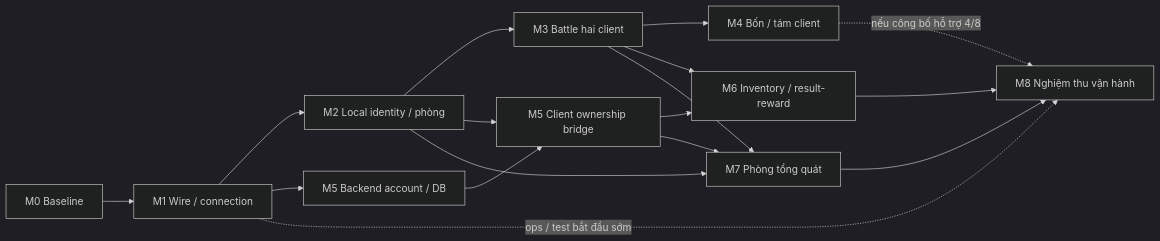
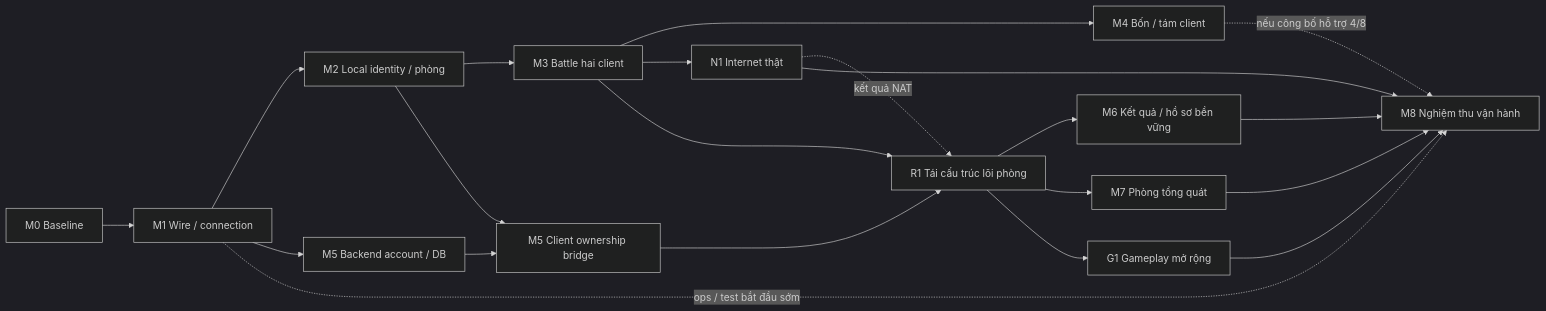
One commit to aquaplatinumberlitz/boom-kr-server changed the first of 2 diagrams in docs/PLAN.md. Above: the diagram before and after it, drawn with Mermaid (dark theme). The commit also changed other lines of this file and 4 other files, not shown here.

````diff
--- a/docs/PLAN.md
+++ b/docs/PLAN.md
@@ -239,19 +316,23 @@
 ```mermaid
 flowchart LR
   M0["M0 Baseline"] --> M1["M1 Wire / connection"]
   M1 --> M2["M2 Local identity / phòng"]
   M2 --> M3["M3 Battle hai client"]
   M3 --> M4["M4 Bốn / tám client"]
   M1 --> B5["M5 Backend account / DB"]
   M2 --> C5["M5 Client ownership bridge"]
   B5 --> C5
-  M3 --> M6["M6 Inventory / result-reward"]
-  C5 --> M6
-  M2 --> M7["M7 Phòng tổng quát"]
-  M3 --> M7
-  C5 --> M7
+  M3 --> N1["N1 Internet thật"]
+  C5 --> R1["R1 Tái cấu trúc lõi phòng"]
+  M3 --> R1
+  N1 -. "kết quả NAT" .-> R1
+  R1 --> M6["M6 Kết quả / hồ sơ bền vững"]
+  R1 --> M7["M7 Phòng tổng quát"]
+  R1 --> G1["G1 Gameplay mở rộng"]
+  G1 --> M8
+  N1 --> M8
   M6 --> M8["M8 Nghiệm thu vận hành"]
   M7 --> M8
   M4 -. "nếu công bố hỗ trợ 4/8" .-> M8
   M1 -. "ops / test bắt đầu sớm" .-> M8
 ```
````
